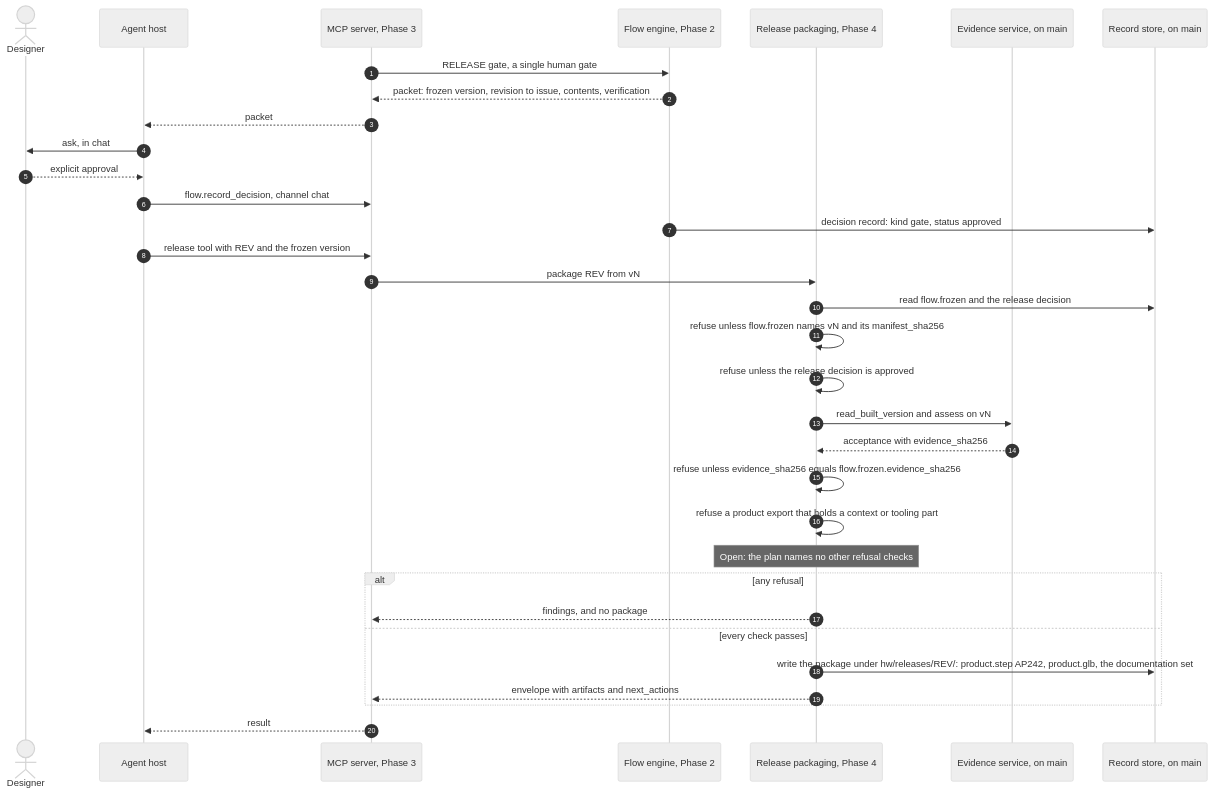
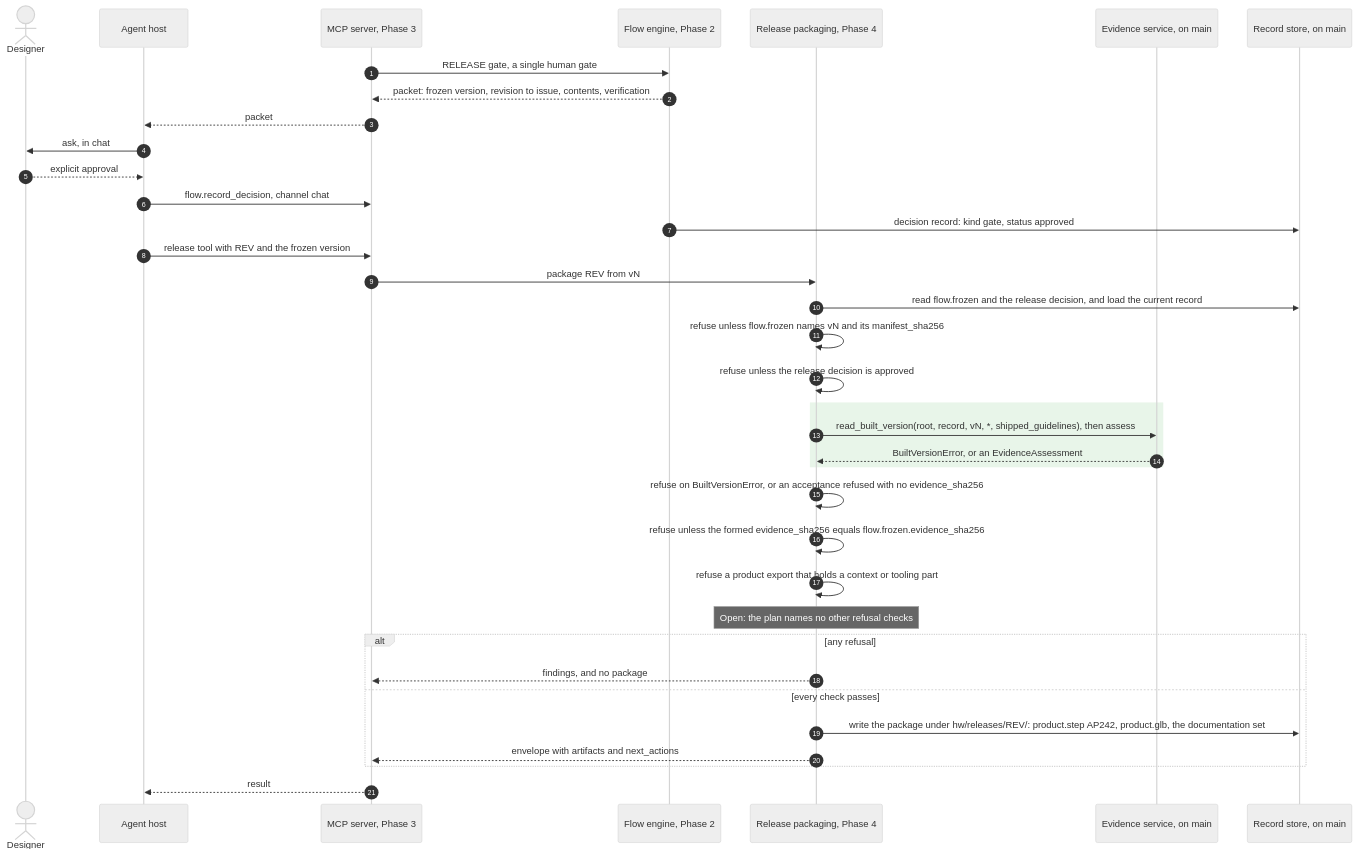
One commit to benchhand/benchhand-next changed the fourth of 5 diagrams in docs/architecture/data-flow.md. Above: the diagram before and after it, drawn with Mermaid. The commit also changed other lines of this file and 5 other files, not shown here.

Commit message:
docs(architecture): draw only what main and the sources show: launch and PyPI planned, the lifecycle per transport, CEL on transitions, the job, evidence and migrate branches, the auto gate mode and the L2 join

````diff
--- a/docs/architecture/data-flow.md
+++ b/docs/architecture/data-flow.md
@@ -145,37 +165,40 @@
 ```mermaid
 %%{init: {"theme": "neutral"}}%%
 sequenceDiagram
   autonumber
   actor U as Designer
   participant H as Agent host
   participant S as MCP server, Phase 3
   participant F as Flow engine, Phase 2
   participant Rel as Release packaging, Phase 4
   participant E as Evidence service, on main
   participant R as Record store, on main
 
   S->>F: RELEASE gate, a single human gate
   F-->>S: packet: frozen version, revision to issue, contents, verification
   S-->>H: packet
   H->>U: ask, in chat
   U-->>H: explicit approval
   H->>S: flow.record_decision, channel chat
   F->>R: decision record: kind gate, status approved
   H->>S: release tool with REV and the frozen version
   S->>Rel: package REV from vN
-  Rel->>R: read flow.frozen and the release decision
+  Rel->>R: read flow.frozen and the release decision, and load the current record
   Rel->>Rel: refuse unless flow.frozen names vN and its manifest_sha256
   Rel->>Rel: refuse unless the release decision is approved
-  Rel->>E: read_built_version and assess on vN
-  E-->>Rel: acceptance with evidence_sha256
-  Rel->>Rel: refuse unless evidence_sha256 equals flow.frozen.evidence_sha256
+  rect rgb(232, 245, 233)
+    Rel->>E: read_built_version(root, record, vN, *, shipped_guidelines), then assess
+    E-->>Rel: BuiltVersionError, or an EvidenceAssessment
+  end
+  Rel->>Rel: refuse on BuiltVersionError, or an acceptance refused with no evidence_sha256
+  Rel->>Rel: refuse unless the formed evidence_sha256 equals flow.frozen.evidence_sha256
   Rel->>Rel: refuse a product export that holds a context or tooling part
   Note over Rel: Open: the plan names no other refusal checks
   alt any refusal
     Rel-->>S: findings, and no package
   else every check passes
     Rel->>R: write the package under hw/releases/REV/: product.step AP242, product.glb, the documentation set
     Rel-->>S: envelope with artifacts and next_actions
   end
   S-->>H: result
 ```
````
